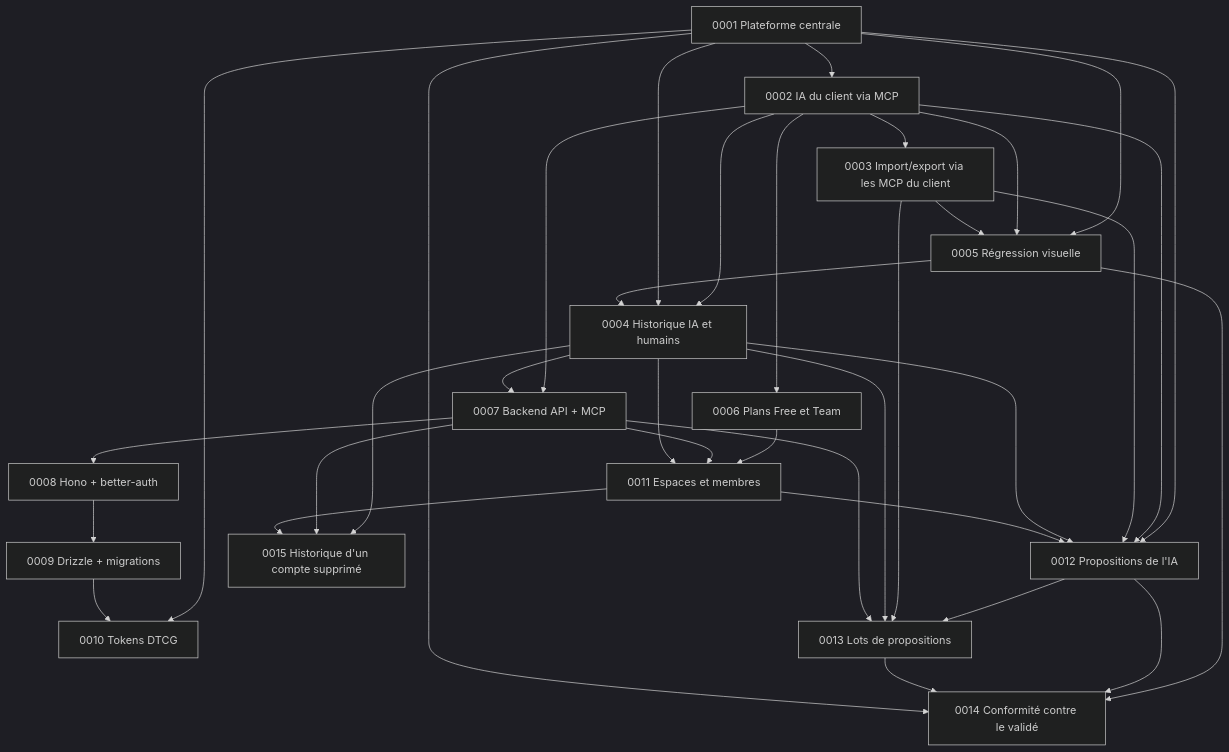
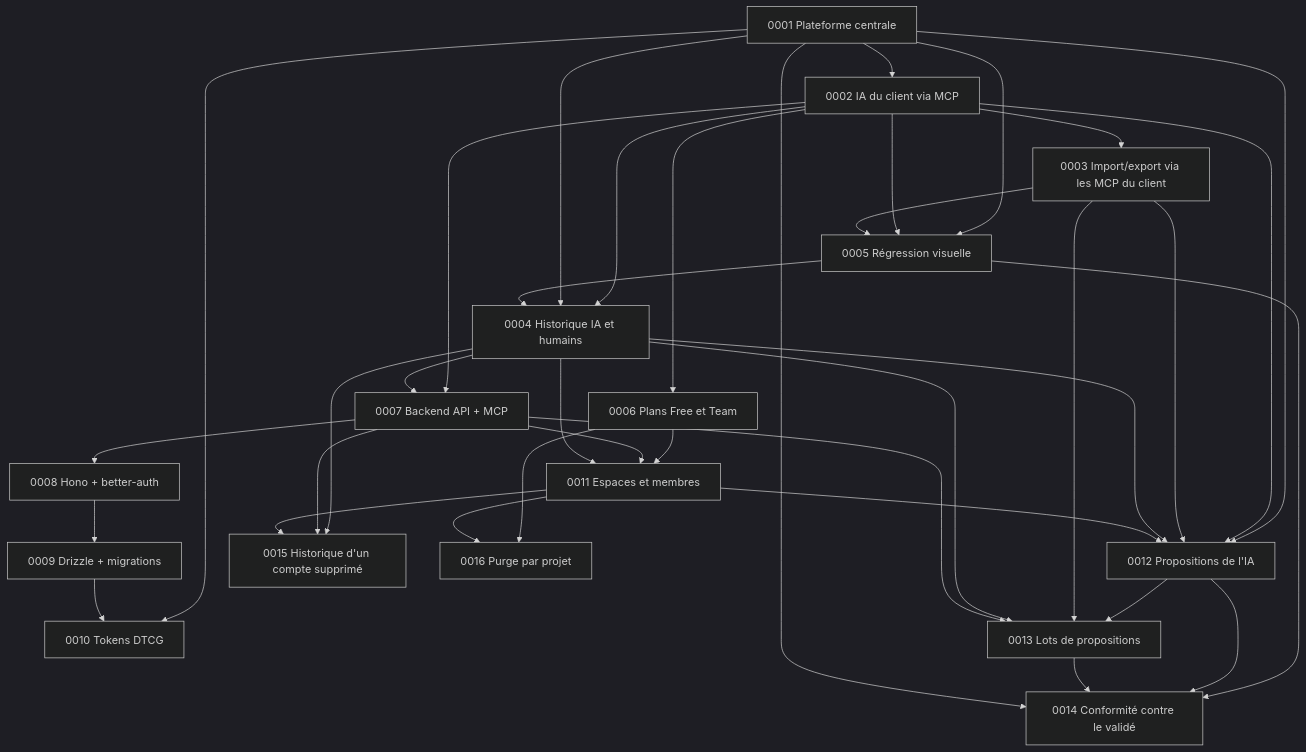
Before and after one commit to Muhammed21/dezyn: the diagram in docs/adr/README.md, drawn with Mermaid (dark theme). The commit also changed other lines of this file and 3 other files, not shown here.

Commit message:
docs(adr): ajoute l'ADR 0016, la purge commence par le projet le plus gros

````diff
--- a/docs/adr/README.md
+++ b/docs/adr/README.md
@@ -27,37 +28,39 @@
 ```mermaid
 graph TD
   0001[0001 Plateforme centrale] --> 0002[0002 IA du client via MCP]
   0002 --> 0003[0003 Import/export via les MCP du client]
   0002 --> 0004[0004 Historique IA et humains]
   0001 --> 0004
   0001 --> 0005[0005 Régression visuelle]
   0002 --> 0005
   0003 --> 0005
   0005 --> 0004
   0002 --> 0006[0006 Plans Free et Team]
   0002 --> 0007[0007 Backend API + MCP]
   0004 --> 0007
   0007 --> 0008[0008 Hono + better-auth]
   0008 --> 0009[0009 Drizzle + migrations]
   0001 --> 0010[0010 Tokens DTCG]
   0009 --> 0010
   0006 --> 0011[0011 Espaces et membres]
   0007 --> 0011
   0004 --> 0011
   0001 --> 0012[0012 Propositions de l'IA]
   0002 --> 0012
   0003 --> 0012
   0004 --> 0012
   0011 --> 0012
   0012 --> 0013[0013 Lots de propositions]
   0003 --> 0013
   0004 --> 0013
   0007 --> 0013
   0005 --> 0014[0014 Conformité contre le validé]
   0012 --> 0014
   0013 --> 0014
   0001 --> 0014
   0004 --> 0015[0015 Historique d'un compte supprimé]
   0007 --> 0015
   0011 --> 0015
+  0006 --> 0016[0016 Purge par projet]
+  0011 --> 0016
 ```
````
